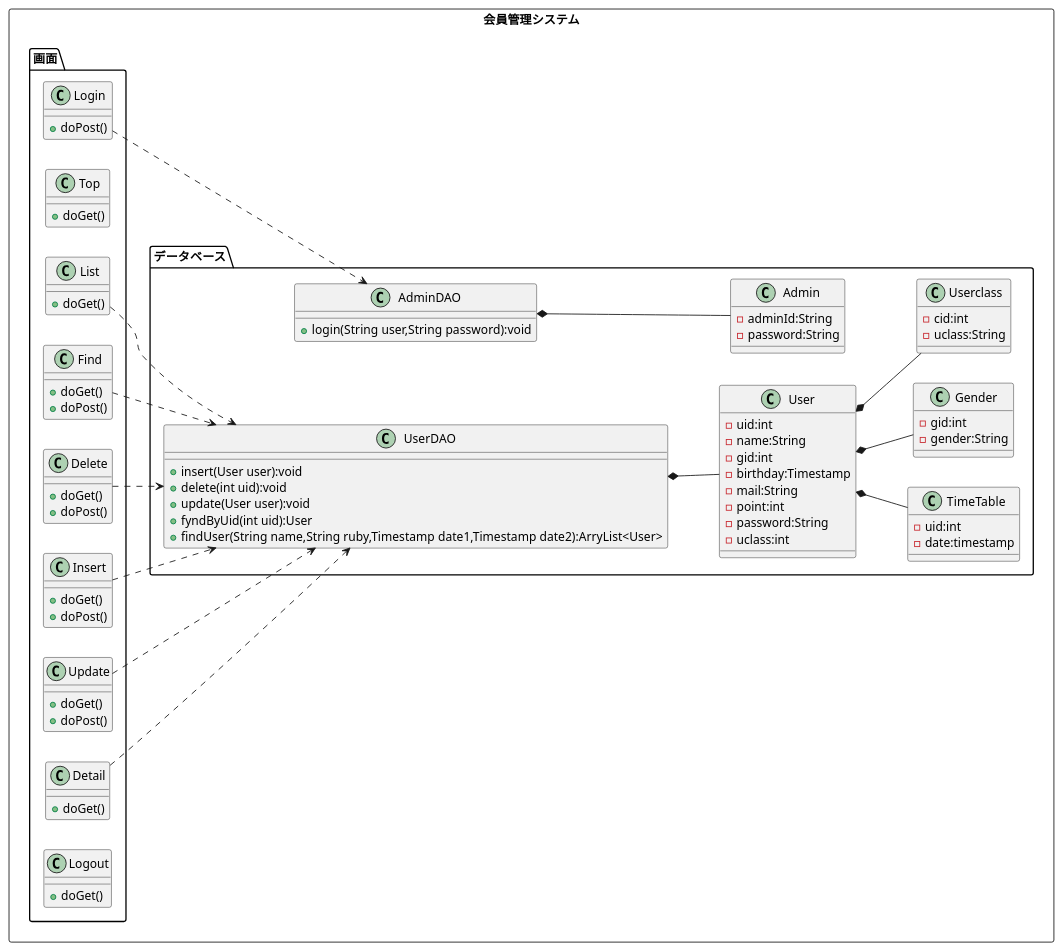
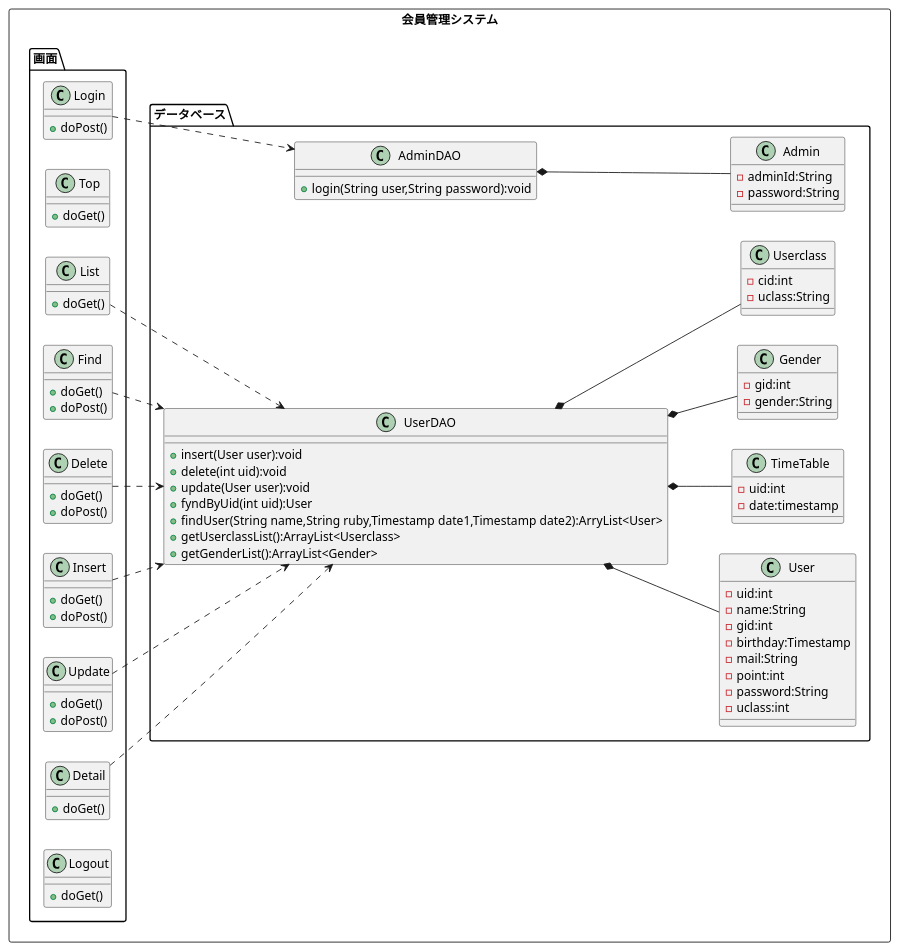
The diagram in uml_detail/class.pu (toufu66/ProjectC), drawn with PlantUML before and after one commit. The commit also changed 1 other file, not shown here.

Commit message:
クラス図修正

```diff
--- a/uml_detail/class.pu
+++ b/uml_detail/class.pu
@@ -1,101 +1,103 @@
 @startuml
 left to right direction
 rectangle 会員管理システム{
 package 画面{
 	class Login{
 		+doPost()
 	}
 	class Top{
 		+doGet()
 	}
 	class List{
 		+doGet()
 	}
 	class Find{
 		+doGet()
 		+doPost()
 	}
 	class Delete{
 		+doGet()
 		+doPost()
 	}
 	class Insert{
 		+doGet()
 		+doPost()
 	}
 	class Update{
 		+doGet()
 		+doPost()
 	}
 	class Detail{
 		+doGet()
 	}
 	class Logout{
 		+doGet()
 	}
 
 
 }
 
 package データベース{
 	class UserDAO{
 		+insert(User user):void
 		+delete(int uid):void
 		+update(User user):void
 		+fyndByUid(int uid):User
 		+findUser(String name,String ruby,Timestamp date1,Timestamp date2):ArryList<User>
+		+getUserclassList():ArrayList<Userclass>
+		+getGenderList():ArrayList<Gender>
 	}
 	class User{
 		-uid:int
 		-name:String
 		-gid:int
 		-birthday:Timestamp
 		-mail:String
 		-point:int
 		-password:String
 		-uclass:int
 	}
 	class Admin{
 		-adminId:String
 		-password:String
 	}
 	class AdminDAO{
 
 		+login(String user,String password):void
 
 	}
 	class TimeTable{
 		-uid:int
 		-date:timestamp
 
 	}
 	class Gender{
 		-gid:int
 		-gender:String
 
 	}
 	class Userclass{
 		-cid:int
 		-uclass:String
 
 	}
 
 }
 
 
 Login ..> AdminDAO
 
 List ..> UserDAO
 Insert ..> UserDAO
 Update ..> UserDAO
 Delete ..> UserDAO
 Find ..> UserDAO
 Detail ..>UserDAO
 UserDAO *--  User
 AdminDAO *--  Admin
-User *-- TimeTable
-User *-- Userclass
-User *-- Gender
+UserDAO *-- TimeTable
+UserDAO *-- Userclass
+UserDAO *-- Gender
 
 }
 @enduml
```
